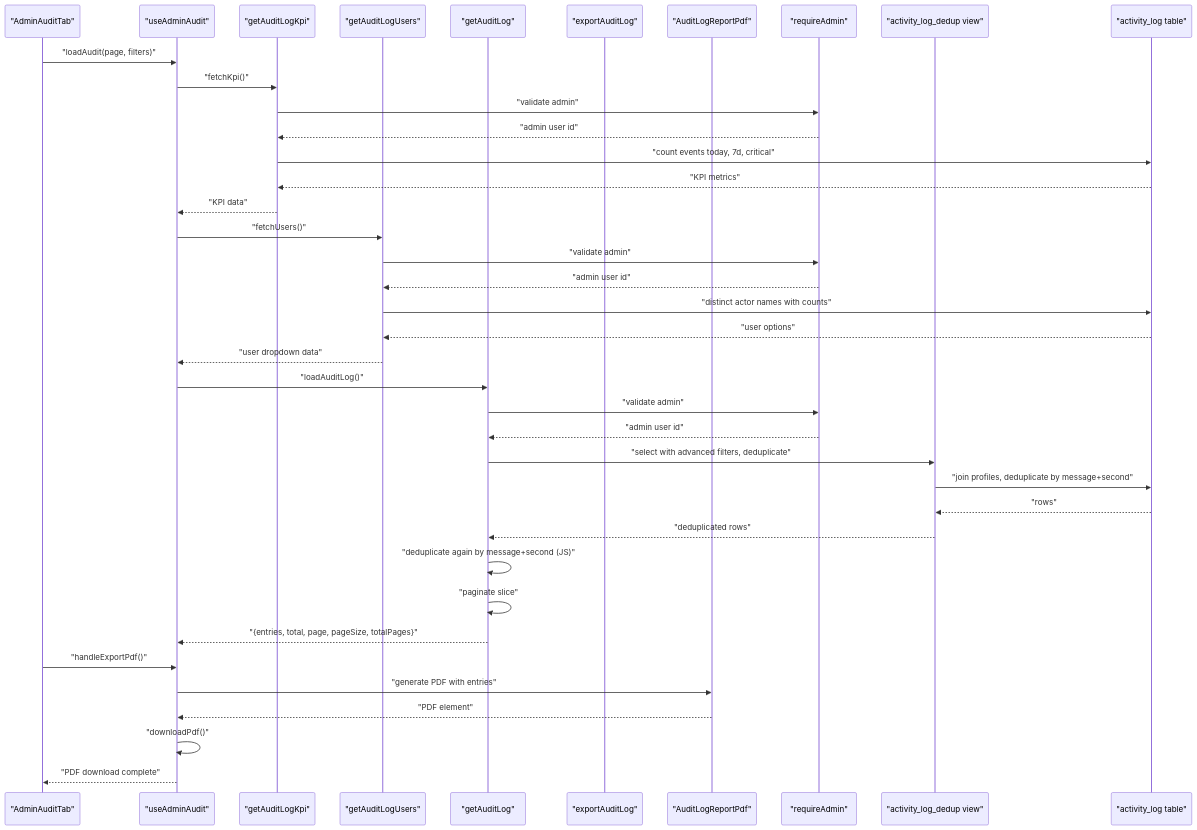
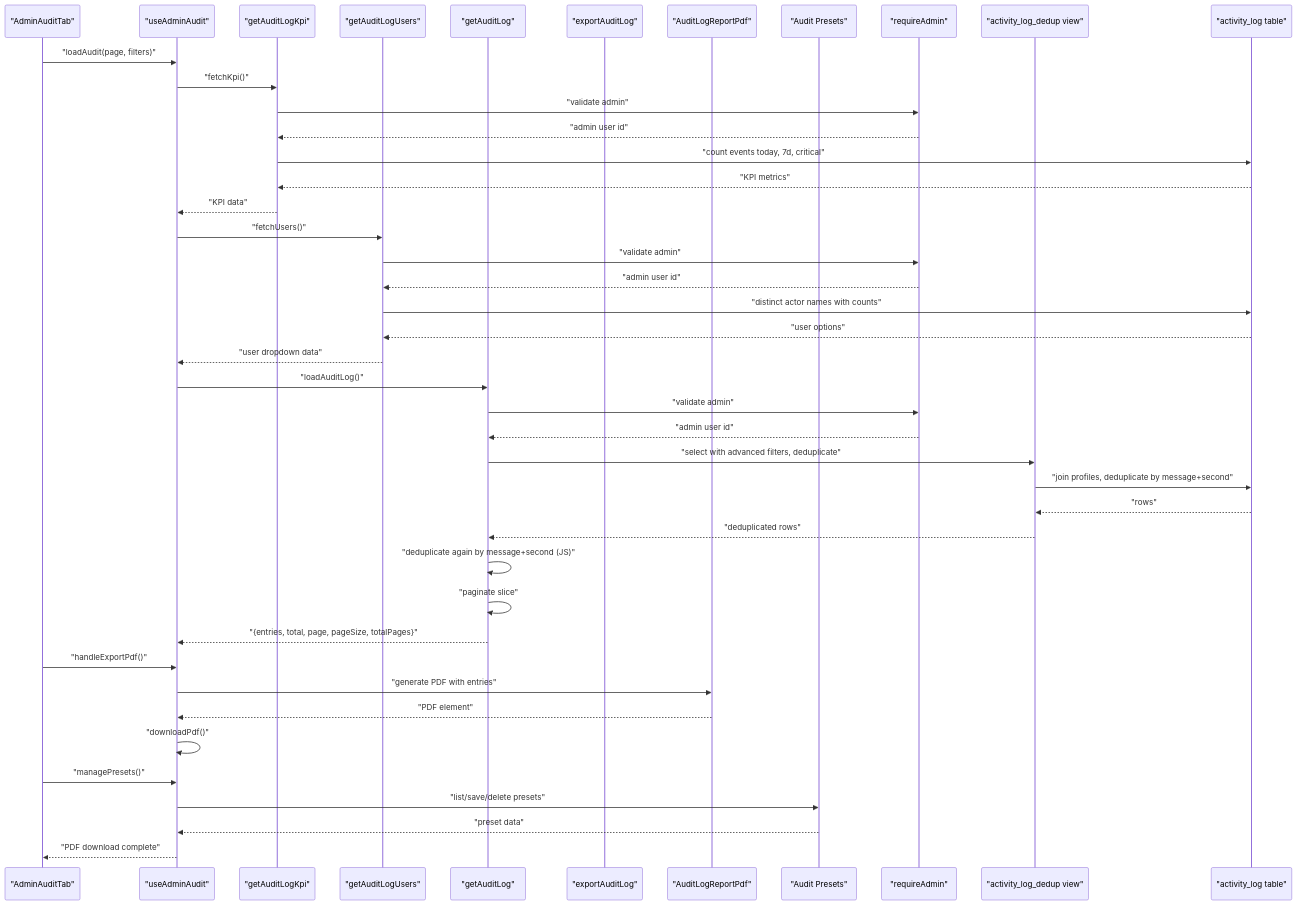
The second of 14 diagrams in .qoder/repowiki/en/content/Administrative Features/Audit Logging System.md (gastaldellomarco/pcReady), drawn with Mermaid before and after one commit. The commit also changed other lines of this file and 12 other files, not shown here.

````diff
--- a/.qoder/repowiki/en/content/Administrative Features/Audit Logging System.md
+++ b/.qoder/repowiki/en/content/Administrative Features/Audit Logging System.md
@@ -150,41 +163,45 @@
 ```mermaid
 sequenceDiagram
 participant Admin as "AdminAuditTab"
 participant Hook as "useAdminAudit"
 participant KPI as "getAuditLogKpi"
 participant Users as "getAuditLogUsers"
 participant Logs as "getAuditLog"
 participant Export as "exportAuditLog"
 participant PDF as "AuditLogReportPdf"
+participant Presets as "Audit Presets"
 participant Sec as "requireAdmin"
 participant DBV as "activity_log_dedup view"
 participant DB as "activity_log table"
 Admin->>Hook : "loadAudit(page, filters)"
 Hook->>KPI : "fetchKpi()"
 KPI->>Sec : "validate admin"
 Sec-->>KPI : "admin user id"
 KPI->>DB : "count events today, 7d, critical"
 DB-->>KPI : "KPI metrics"
 KPI-->>Hook : "KPI data"
 Hook->>Users : "fetchUsers()"
 Users->>Sec : "validate admin"
 Sec-->>Users : "admin user id"
 Users->>DB : "distinct actor names with counts"
 DB-->>Users : "user options"
 Users-->>Hook : "user dropdown data"
 Hook->>Logs : "loadAuditLog()"
 Logs->>Sec : "validate admin"
 Sec-->>Logs : "admin user id"
 Logs->>DBV : "select with advanced filters, deduplicate"
 DBV->>DB : "join profiles, deduplicate by message+second"
 DB-->>DBV : "rows"
 DBV-->>Logs : "deduplicated rows"
 Logs->>Logs : "deduplicate again by message+second (JS)"
 Logs->>Logs : "paginate slice"
 Logs-->>Hook : "{entries, total, page, pageSize, totalPages}"
 Admin->>Hook : "handleExportPdf()"
 Hook->>PDF : "generate PDF with entries"
 PDF-->>Hook : "PDF element"
 Hook->>Hook : "downloadPdf()"
+Admin->>Hook : "managePresets()"
+Hook->>Presets : "list/save/delete presets"
+Presets-->>Hook : "preset data"
 Hook-->>Admin : "PDF download complete"
 ```
````
